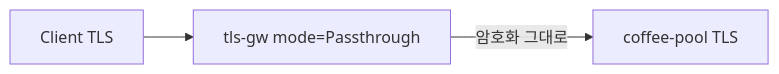
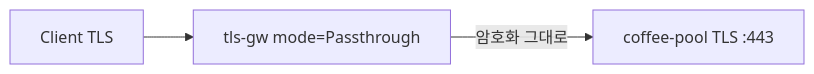
The diagram in Advanced_Feature/3.4_TLSRoute_Passthrough/README.md (mink0119/2609_f5bnk), drawn with Mermaid before and after one commit. The commit also changed other lines of this file and 80 other files, not shown here.

````diff
--- a/Advanced_Feature/3.4_TLSRoute_Passthrough/README.md
+++ b/Advanced_Feature/3.4_TLSRoute_Passthrough/README.md
@@ -5,5 +8,5 @@
 ```mermaid
 flowchart LR
   C[Client TLS] --> GW["tls-gw mode=Passthrough"]
-  GW -->|암호화 그대로| P1[coffee-pool TLS]
+  GW -->|암호화 그대로| P1["coffee-pool TLS :443"]
 ```
````
